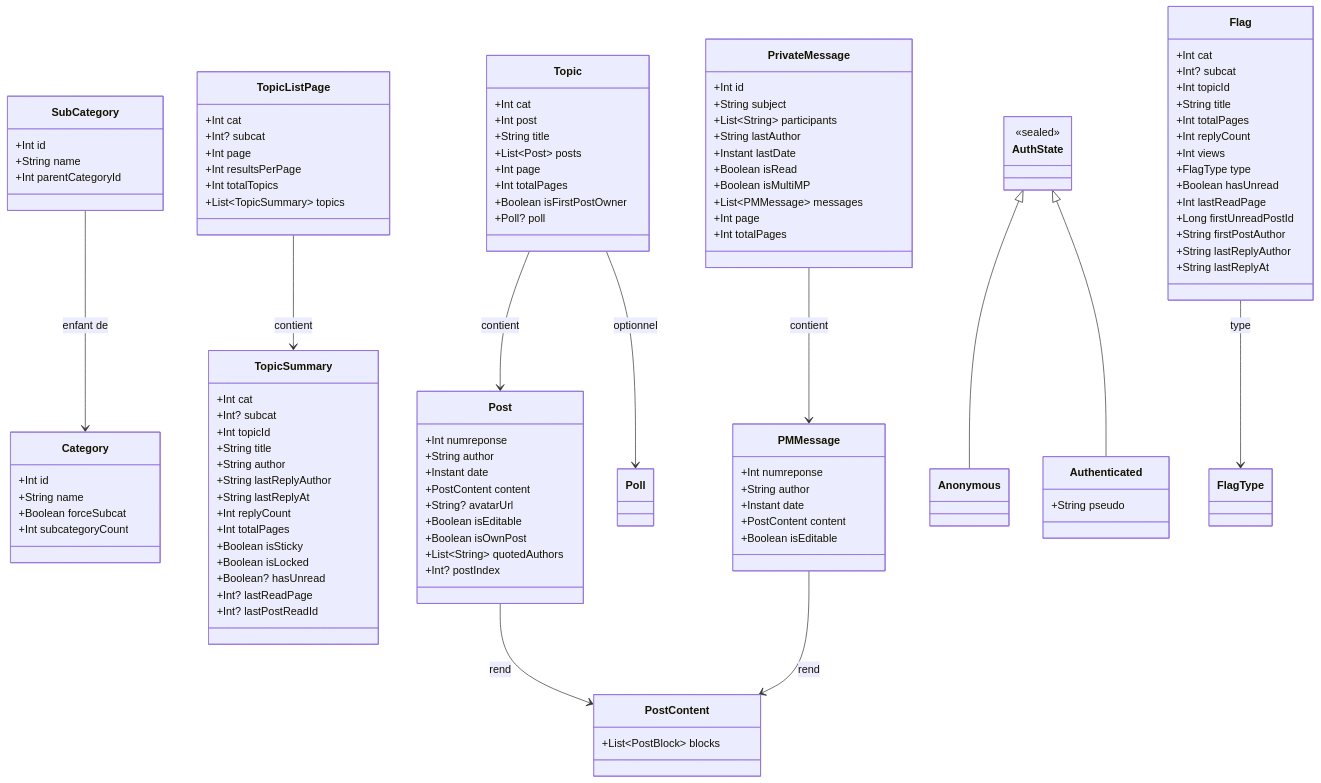
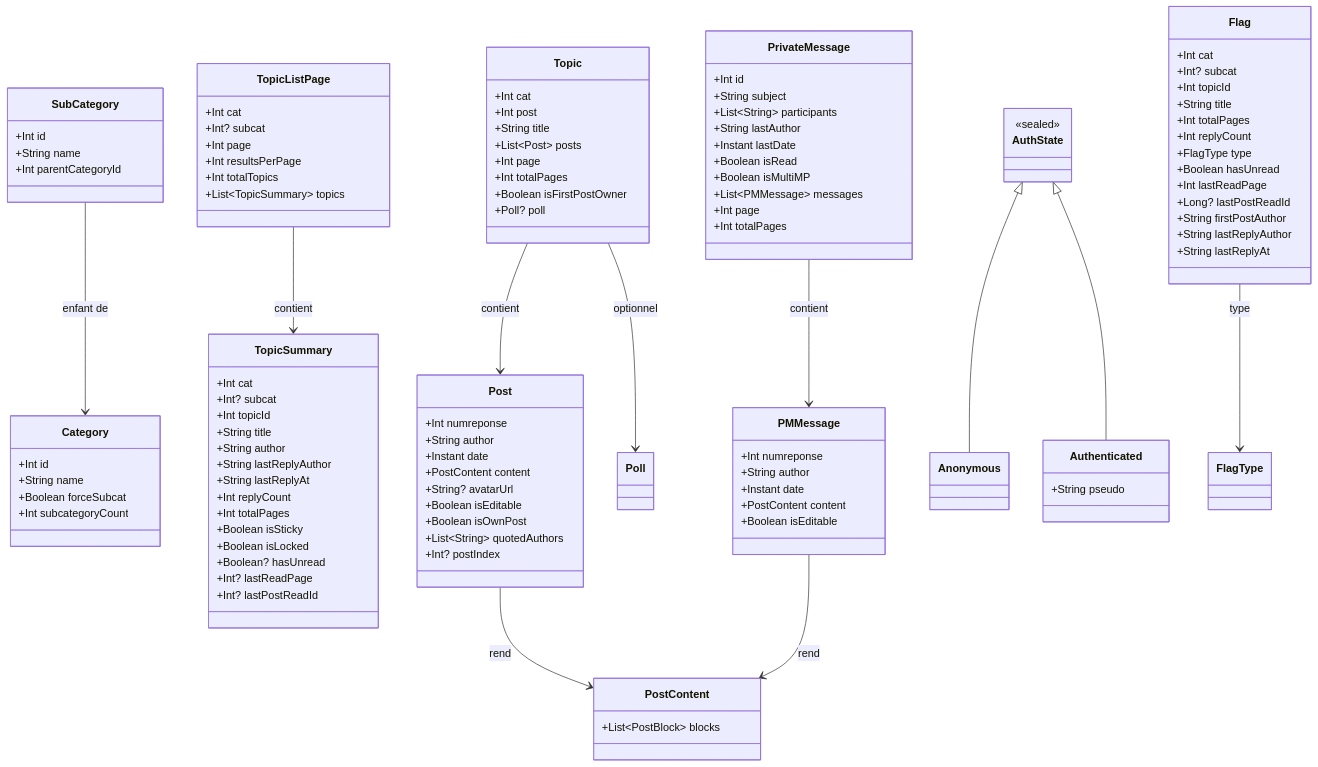
The diagram in docs/specs/models.md (ForumHFR/redface2), drawn with Mermaid before and after one commit. The commit also changed other lines of this file and 32 other files, not shown here.

```diff
--- a/docs/specs/models.md
+++ b/docs/specs/models.md
@@ -38,11 +38,10 @@
         +String title
         +Int totalPages
         +Int replyCount
-        +Int views
         +FlagType type
         +Boolean hasUnread
         +Int lastReadPage
-        +Long firstUnreadPostId
+        +Long? lastPostReadId
         +String firstPostAuthor
         +String lastReplyAuthor
         +String lastReplyAt
```
